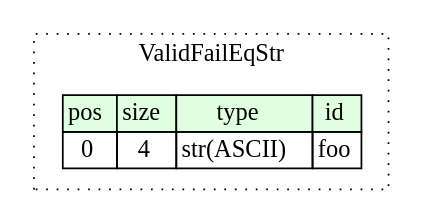
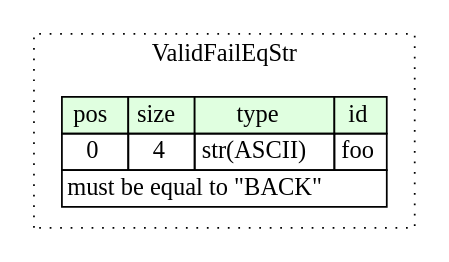
Before and after one commit to kaitai-io/ci_targets: the diagram in compiled/graphviz/valid_fail_eq_str.dot, drawn with Graphviz. The commit also changed 209 other files, not shown here.

```diff
--- a/compiled/graphviz/valid_fail_eq_str.dot
+++ b/compiled/graphviz/valid_fail_eq_str.dot
@@ -1,13 +1,14 @@
 digraph {
 	rankdir=LR;
 	node [shape=plaintext];
 	subgraph cluster__valid_fail_eq_str {
 		label="ValidFailEqStr";
 		graph[style=dotted];
 
 		valid_fail_eq_str__seq [label=<<TABLE BORDER="0" CELLBORDER="1" CELLSPACING="0">
 			<TR><TD BGCOLOR="#E0FFE0">pos</TD><TD BGCOLOR="#E0FFE0">size</TD><TD BGCOLOR="#E0FFE0">type</TD><TD BGCOLOR="#E0FFE0">id</TD></TR>
 			<TR><TD PORT="foo_pos">0</TD><TD PORT="foo_size">4</TD><TD>str(ASCII)</TD><TD PORT="foo_type">foo</TD></TR>
+			<TR><TD COLSPAN="4" PORT="foo__valid">must be equal to &quot;BACK&quot;</TD></TR>
 		</TABLE>>];
 	}
 }
```
